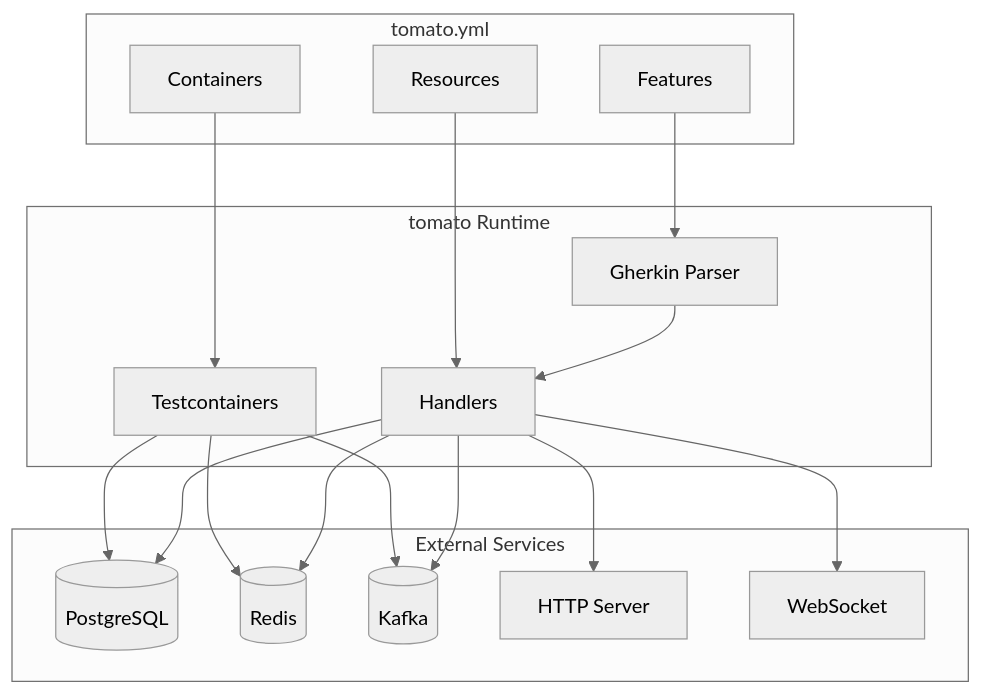
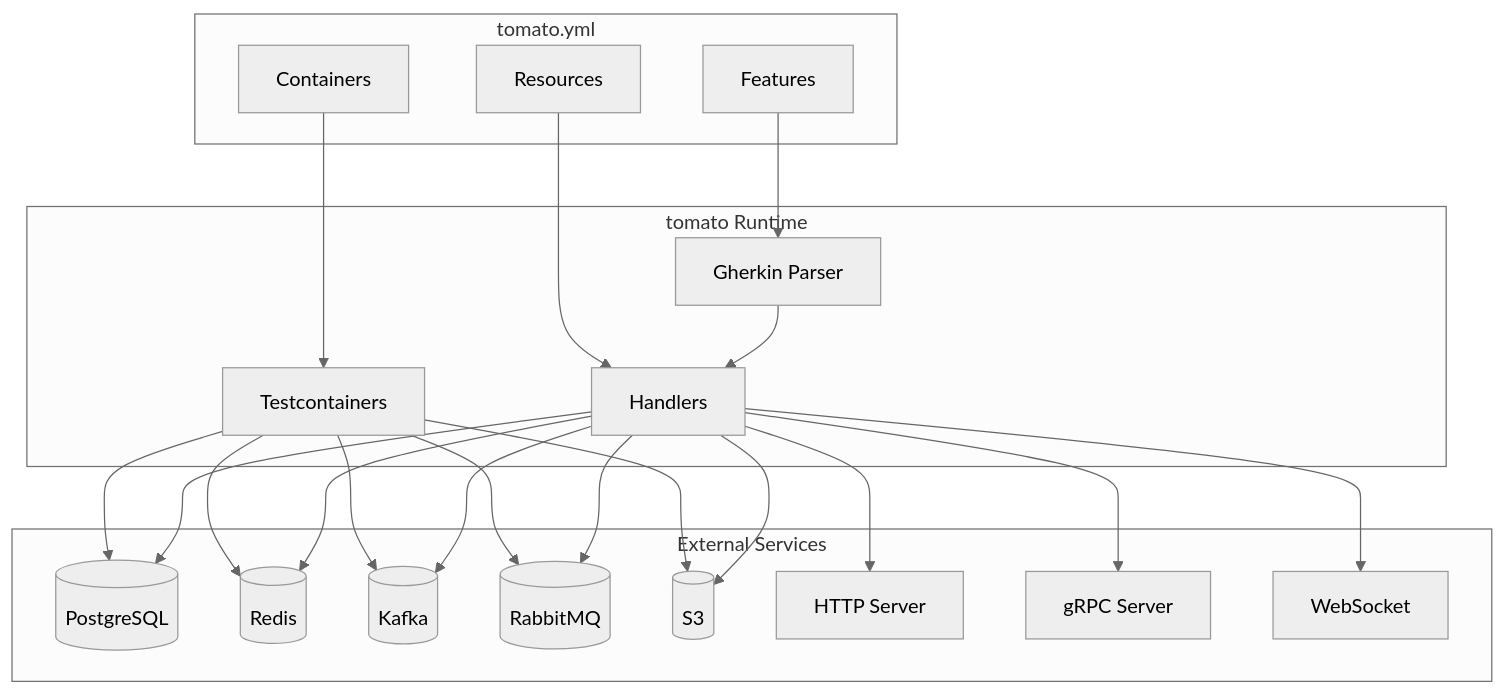
The first of 9 diagrams in docs/developer-guide/architecture.md (tomatool/tomato), drawn with Mermaid (neutral theme) before and after one commit. The commit also changed 19 other files, not shown here.

````diff
--- a/docs/developer-guide/architecture.md
+++ b/docs/developer-guide/architecture.md
@@ -19,38 +19,46 @@
 ```mermaid
 flowchart TB
     subgraph Config["tomato.yml"]
         C[Containers]
         R[Resources]
         F[Features]
     end
 
     subgraph Runtime["tomato Runtime"]
         TC[Testcontainers]
         H[Handlers]
         G[Gherkin Parser]
     end
 
     subgraph External["External Services"]
         DB[(PostgreSQL)]
         REDIS[(Redis)]
         KAFKA[(Kafka)]
+        RMQ[(RabbitMQ)]
+        S3[(S3)]
         HTTP[HTTP Server]
+        GRPC[gRPC Server]
         WS[WebSocket]
     end
 
     C --> TC
     R --> H
     F --> G
 
     TC --> DB
     TC --> REDIS
     TC --> KAFKA
+    TC --> RMQ
+    TC --> S3
 
     H --> DB
     H --> REDIS
     H --> KAFKA
+    H --> RMQ
+    H --> S3
     H --> HTTP
+    H --> GRPC
     H --> WS
 
     G --> H
 ```
````
